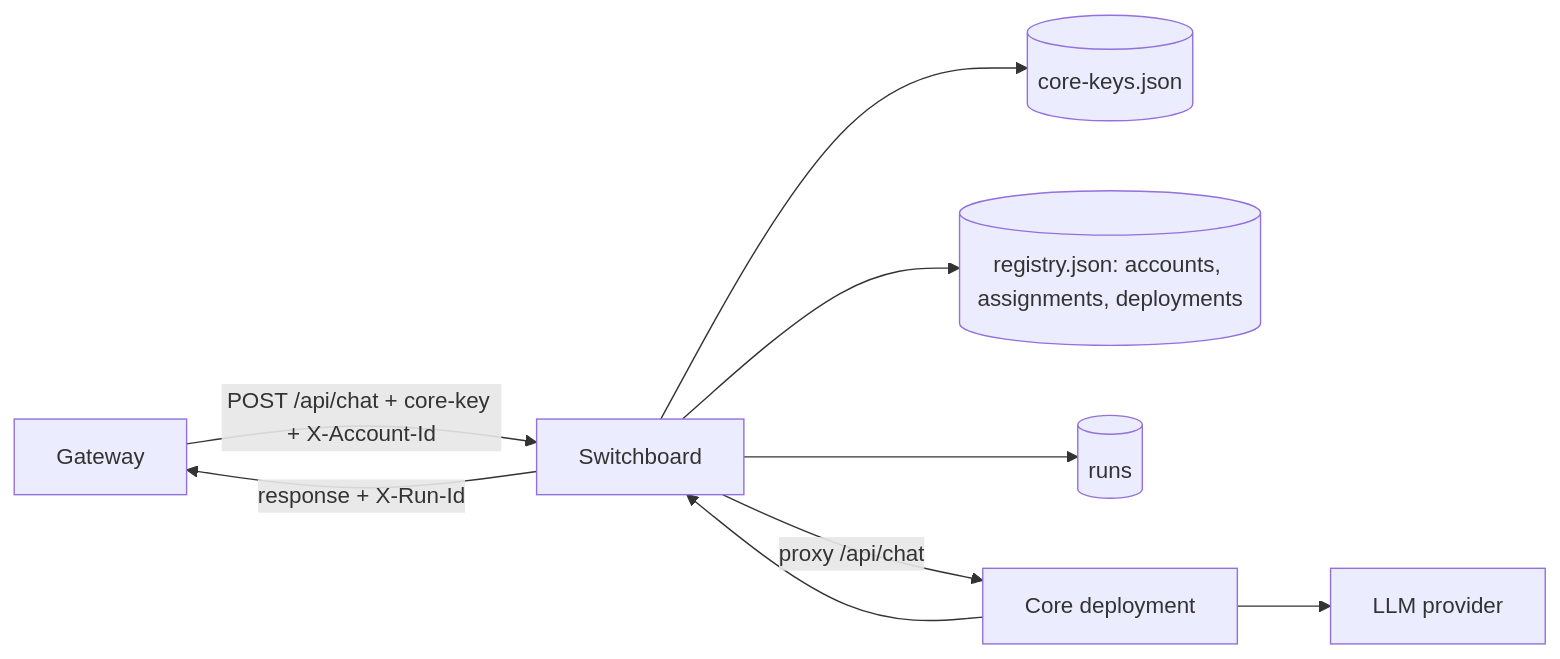
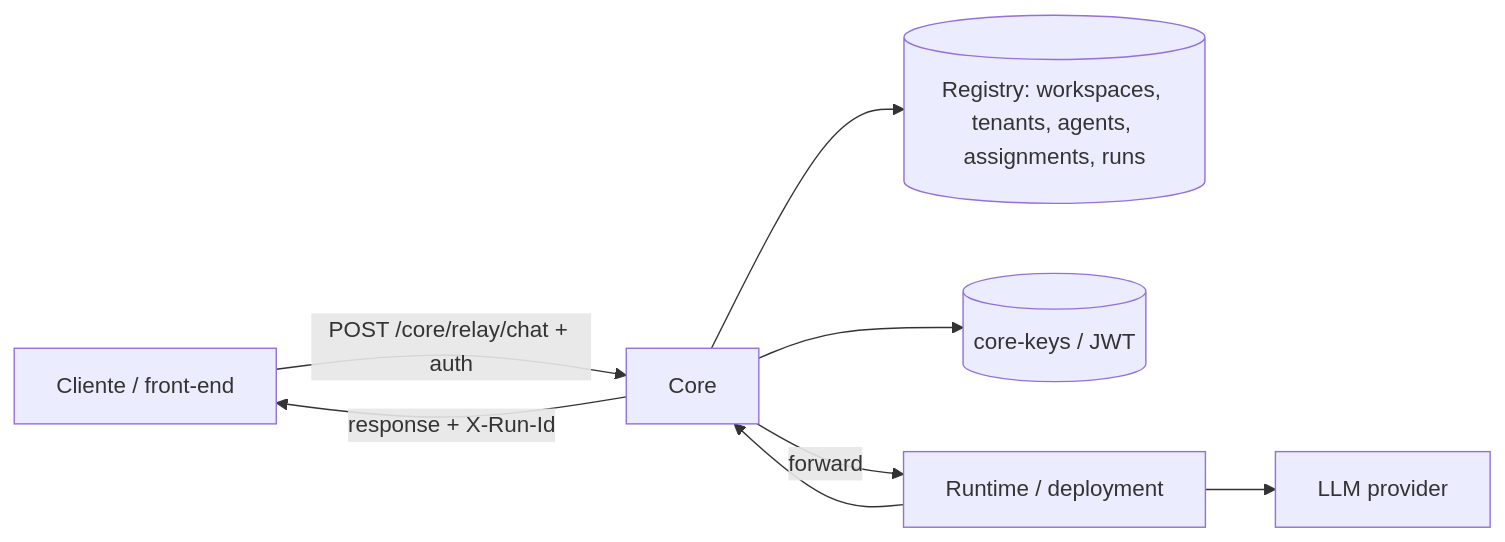
Before and after one commit to alvaroemur/ennui-agents-core: the first of 3 diagrams in docs/playbook/architecture.md, drawn with Mermaid. The commit also changed other lines of this file and 78 other files, not shown here.

First line of the commit message:
chore(core): consolidar runtime interno y contrato documental

````diff
--- a/docs/playbook/architecture.md
+++ b/docs/playbook/architecture.md
@@ -27,11 +27,10 @@
 ```mermaid
 flowchart LR
-    GW[Gateway] -->|POST /api/chat + core-key + X-Account-Id| SB[Switchboard]
-    SB --> CK[(core-keys.json)]
-    SB --> REG[(registry.json: accounts, assignments, deployments)]
-    SB --> RUNS[(runs)]
-    SB -->|proxy /api/chat| CORE[Core deployment]
-    CORE --> LLM[LLM provider]
-    CORE --> SB
-    SB -->|response + X-Run-Id| GW
+    CL[Cliente / front-end] -->|POST /core/relay/chat + auth| CORE[Core]
+    CORE --> REG[(Registry: workspaces, tenants, agents, assignments, runs)]
+    CORE --> CK[(core-keys / JWT)]
+    CORE -->|forward| RT[Runtime / deployment]
+    RT --> LLM[LLM provider]
+    RT --> CORE
+    CORE -->|response + X-Run-Id| CL
 ```
````
